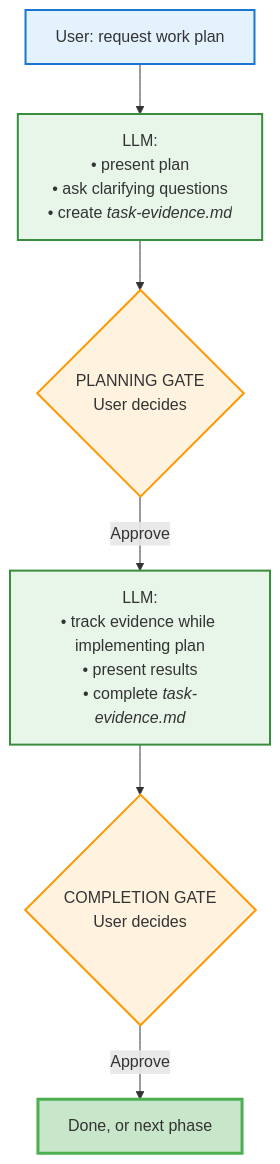
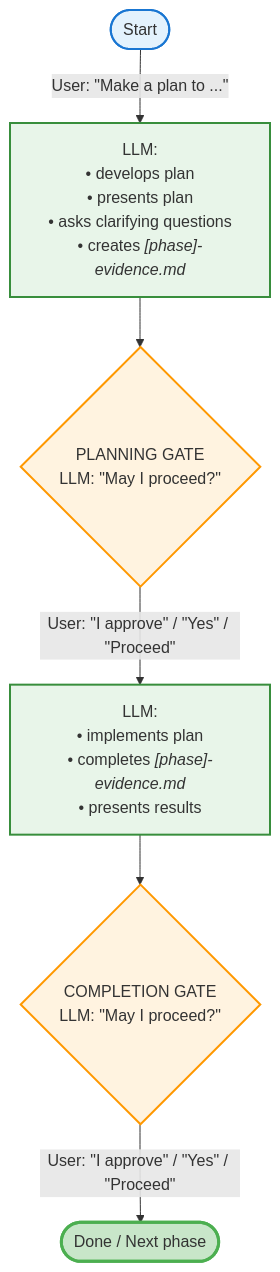
Before and after one commit to binaryphile/tandem-protocol: the first of 3 diagrams in README.md, drawn with Mermaid. The commit also changed other lines of this file, not shown here.

First line of the commit message:
Overhaul README diagrams and documentation

````diff
--- a/README.md
+++ b/README.md
@@ -158,15 +150,15 @@
 ```mermaid
 flowchart TD
-    START["User: request work plan"] --> P1["LLM:<br/>• present plan<br/>• ask clarifying questions<br/>• create <i>task-evidence.md</i>"]
-    P1 --> G1{"PLANNING GATE<br/>User decides"}
-    G1 -->|Approve| IMPL["LLM:<br/>• track evidence while implementing plan<br/>• present results<br/>• complete <i>task-evidence.md</i>"]
-    IMPL --> G2{"COMPLETION GATE<br/>User decides"}
-    G2 -->|Approve| DONE["Done, or next phase"]
+    START(["Start"]) -->|"User: &quot;Make a plan to ...&quot;"| P1["LLM:<br/>• develops plan<br/>• presents plan<br/>• asks clarifying questions<br/>• creates <i>[phase]-evidence.md</i>"]
+    P1 --> G1{"PLANNING GATE<br/>LLM: &quot;May I proceed?&quot;"}
+    G1 -->|"User: &quot;I approve&quot; / &quot;Yes&quot; / &quot;Proceed&quot;"| IMPL["LLM:<br/>• implements plan<br/>• completes <i>[phase]-evidence.md</i><br/>• presents results"]
+    IMPL --> G2{"COMPLETION GATE<br/>LLM: &quot;May I proceed?&quot;"}
+    G2 -->|"User: &quot;I approve&quot; / &quot;Yes&quot; / &quot;Proceed&quot;"| DONE(["Done / Next phase"])
 
     style START fill:#e3f2fd,stroke:#1976d2,stroke-width:2px
     style P1 fill:#e8f5e9,stroke:#388e3c,stroke-width:2px
     style IMPL fill:#e8f5e9,stroke:#388e3c,stroke-width:2px
     style G1 fill:#fff3e0,stroke:#ff9800,stroke-width:2px
     style G2 fill:#fff3e0,stroke:#ff9800,stroke-width:2px
     style DONE fill:#c8e6c9,stroke:#4caf50,stroke-width:3px
 ```
````
